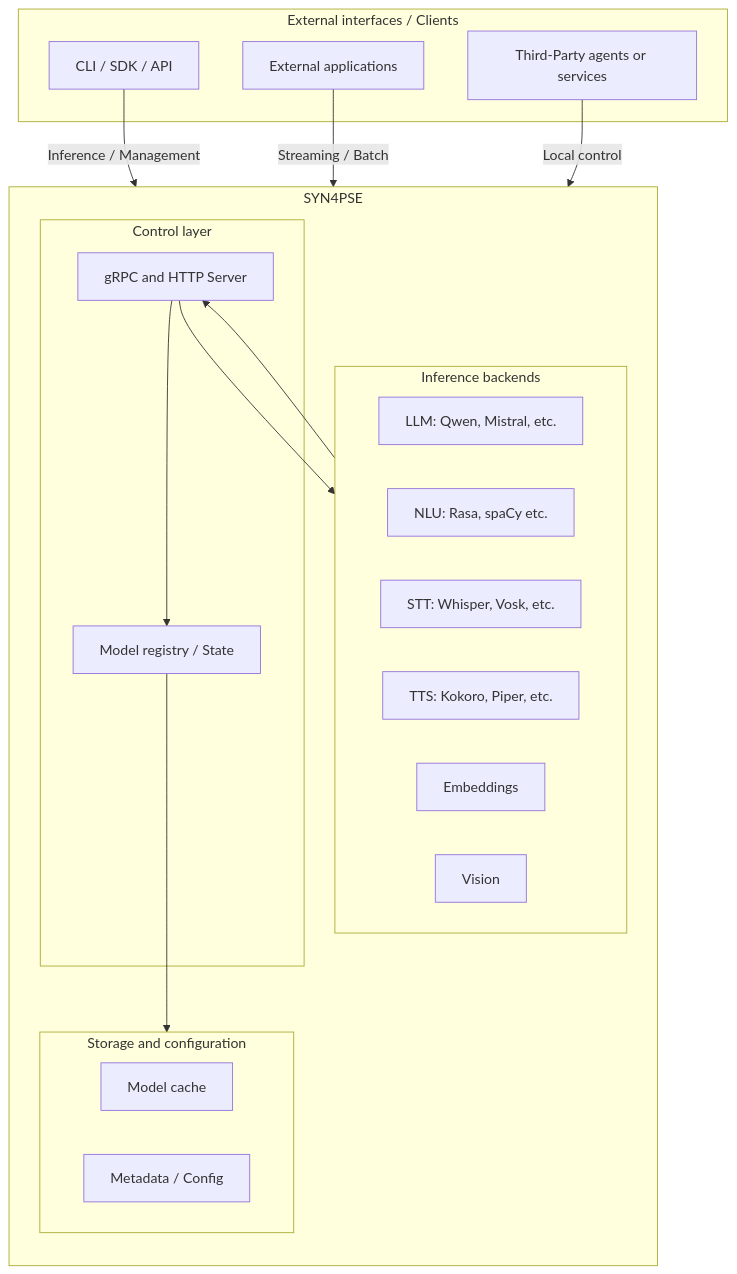
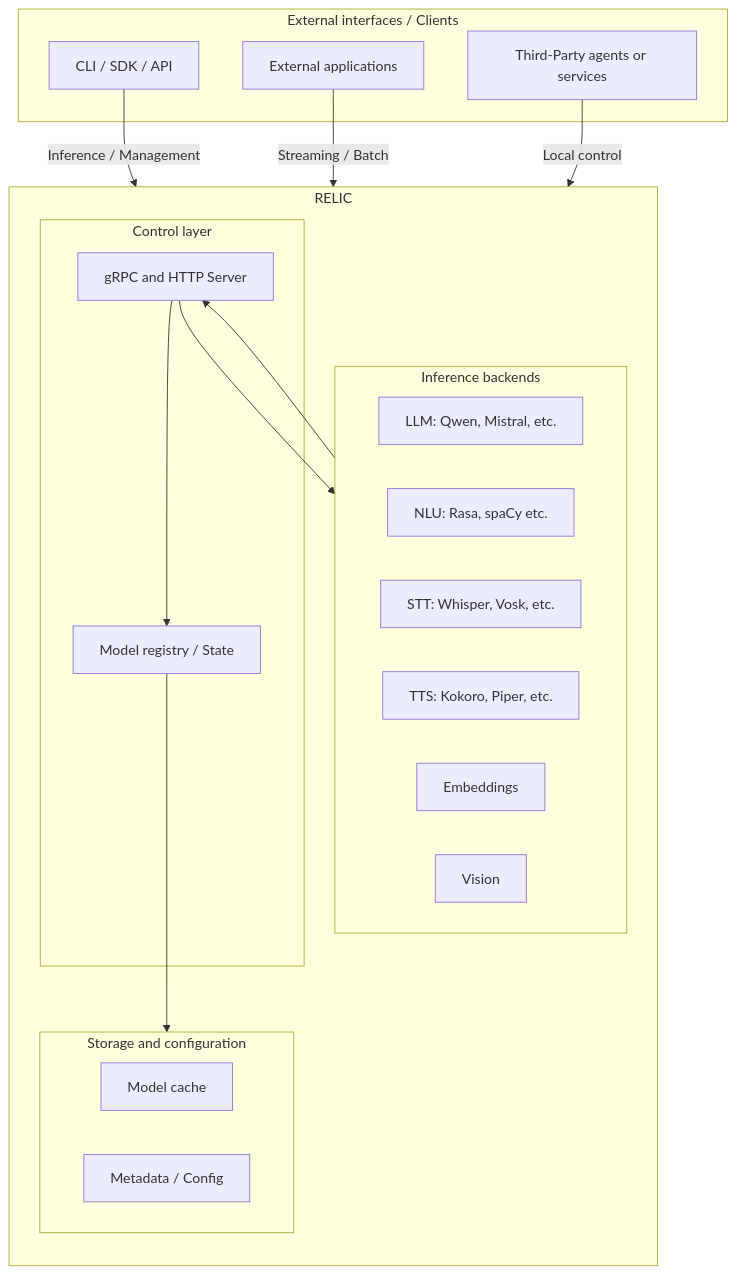
The diagram in README.md (ju4n97/syn4pse), drawn with Mermaid before and after one commit. The commit also changed other lines of this file and 53 other files, not shown here.

````diff
--- a/README.md
+++ b/README.md
@@ -141,39 +137,39 @@
 ```mermaid
 flowchart TD
     subgraph CLIENTS[External interfaces / Clients]
         A1[CLI / SDK / API]
         A2[External applications]
         A3[Third-Party agents or services]
     end
 
-    subgraph SYN4PSE[SYN4PSE]
+    subgraph RELIC[RELIC]
         direction TB
 
         subgraph CONTROL[Control layer]
             B1[Model registry / State]
             B2[gRPC and HTTP Server]
         end
 
         subgraph BACKENDS[Inference backends]
             C1[LLM: Qwen, Mistral, etc.]
             C2[NLU: Rasa, spaCy etc.]
             C3[STT: Whisper, Vosk, etc.]
             C4[TTS: Kokoro, Piper, etc.]
             C5[Embeddings]
             C6[Vision]
         end
 
         subgraph STORAGE[Storage and configuration]
             E1[Model cache]
             E2[Metadata / Config]
         end
     end
 
     A1 -->|Inference / Management| B2
     A2 -->|Streaming / Batch| B2
     A3 -->|Local control| B2
     B2 --> B1
     B2 --> BACKENDS
     BACKENDS --> B2
     B1 --> STORAGE
 ```
````
